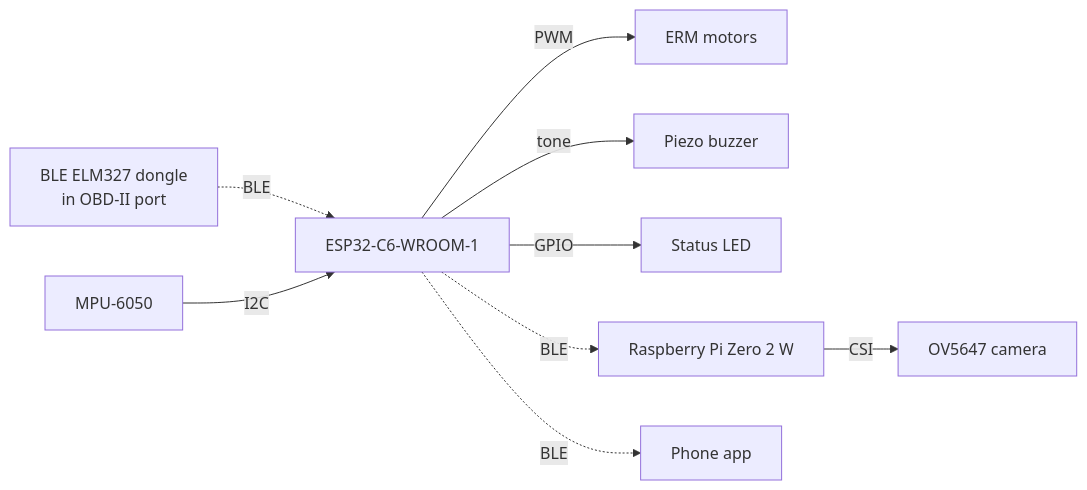
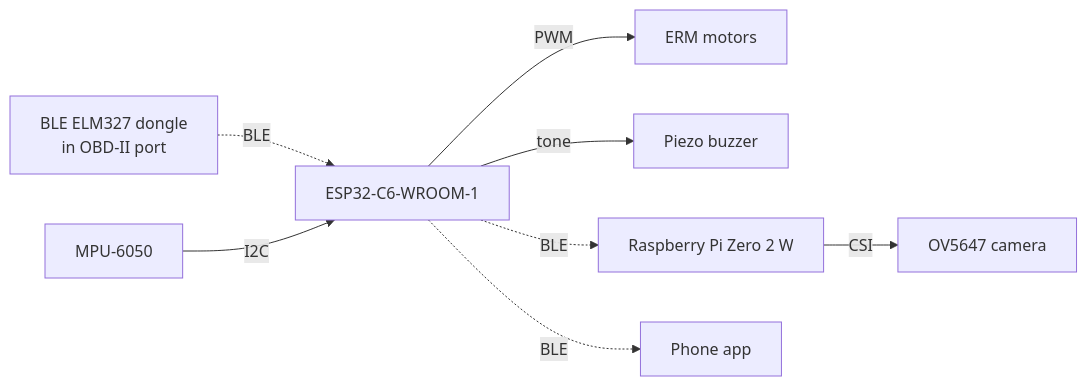
One commit to KendracNguyen/DRIFTS changed the diagram in Hardware/README.md. Above: the diagram before and after it, drawn with Mermaid. The commit also changed other lines of this file and 39 other files, not shown here.

````diff
--- a/Hardware/README.md
+++ b/Hardware/README.md
@@ -13,11 +13,10 @@
 ```mermaid
 flowchart LR
   DONGLE[BLE ELM327 dongle<br/>in OBD-II port] -.BLE.-> C6[ESP32-C6-WROOM-1]
   IMU[MPU-6050] --I2C--> C6
   C6 --PWM--> MOTOR[ERM motors]
   C6 --tone--> BUZZ[Piezo buzzer]
-  C6 --GPIO--> LED[Status LED]
   C6 -.BLE.-> PI[Raspberry Pi Zero 2 W]
   C6 -.BLE.-> PHONE[Phone app]
   PI --CSI--> CAM[OV5647 camera]
 ```
````
